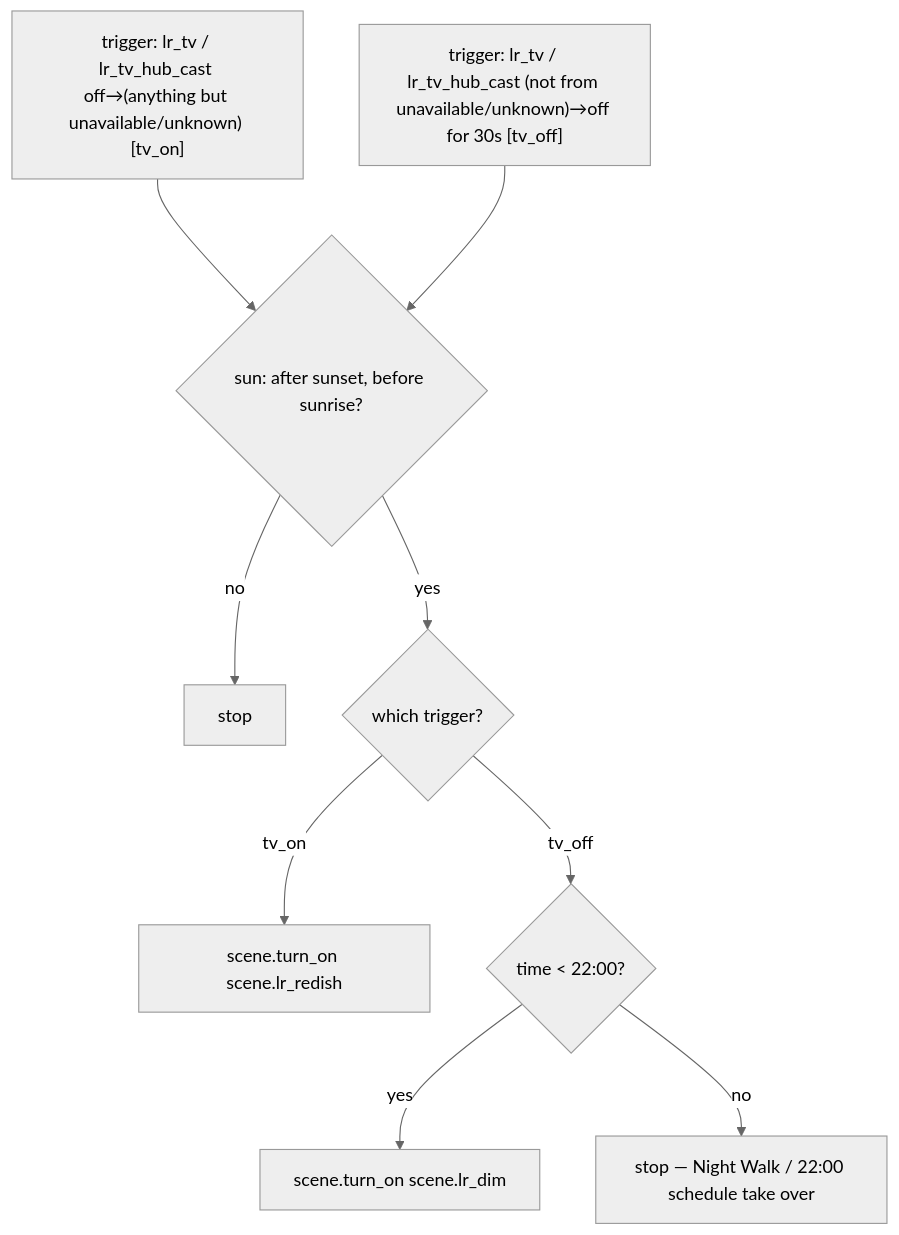
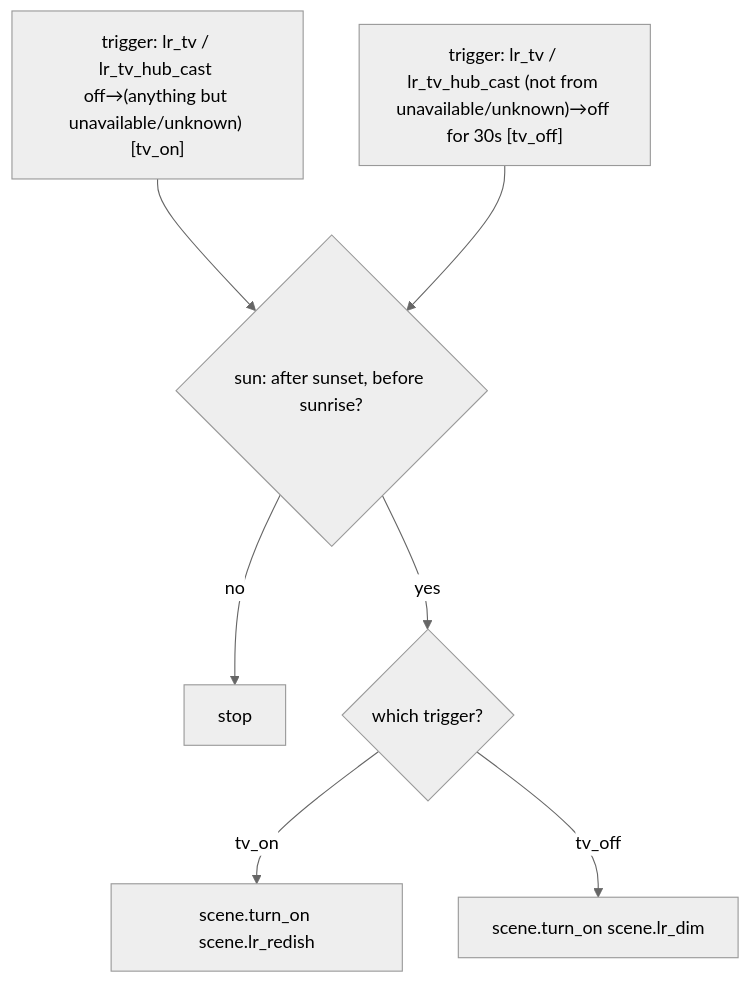
The second of 2 diagrams in docs/automations/living_room.md (nerami/terminus-config), drawn with Mermaid (neutral theme) before and after one commit. The commit also changed other lines of this file and 15 other files, not shown here.

````diff
--- a/docs/automations/living_room.md
+++ b/docs/automations/living_room.md
@@ -52,14 +51,12 @@
 ```mermaid
 flowchart TD
     T1["trigger: lr_tv / lr_tv_hub_cast off→(anything but unavailable/unknown) [tv_on]"]
     T2["trigger: lr_tv / lr_tv_hub_cast (not from unavailable/unknown)→off for 30s [tv_off]"]
     T1 --> C
     T2 --> C
     C{"sun: after sunset, before sunrise?"}
     C -- no --> X["stop"]
     C -- yes --> W{"which trigger?"}
     W -- tv_on --> RED["scene.turn_on scene.lr_redish"]
-    W -- tv_off --> C2{"time < 22:00?"}
-    C2 -- yes --> DIM["scene.turn_on scene.lr_dim"]
-    C2 -- no --> X2["stop — Night Walk / 22:00 schedule take over"]
+    W -- tv_off --> DIM["scene.turn_on scene.lr_dim"]
 ```
````
